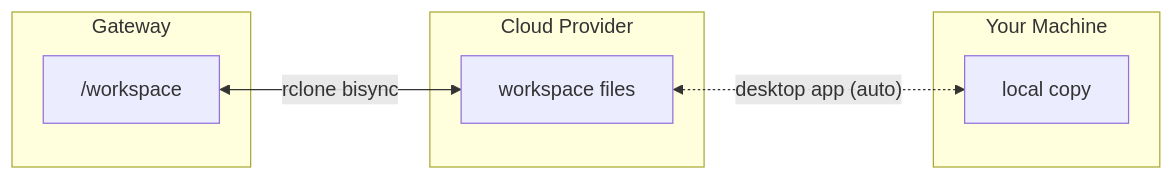
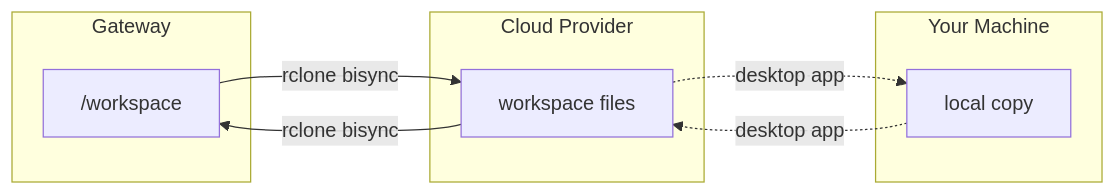
The third of 3 diagrams in README.md (ashbrener/openclaw-workspace-sync), drawn with Mermaid before and after one commit. The commit also changed other lines of this file, not shown here.

First line of the commit message:
fix: correct mermaid diagram arrow directions for mirror and bisync modes

````diff
--- a/README.md
+++ b/README.md
@@ -126,14 +126,16 @@
 ```mermaid
 flowchart LR
     subgraph GW["Gateway"]
         WS["/workspace"]
     end
     subgraph CLOUD["Cloud Provider"]
         CF["workspace files"]
     end
     subgraph LOCAL["Your Machine"]
         LM["local copy"]
     end
-    WS <-- "rclone bisync" --> CF
-    CF <-. "desktop app (auto)" .-> LM
+    WS -- "rclone bisync" --> CF
+    CF -- "rclone bisync" --> WS
+    CF -. "desktop app" .-> LM
+    LM -. "desktop app" .-> CF
 ```
````
